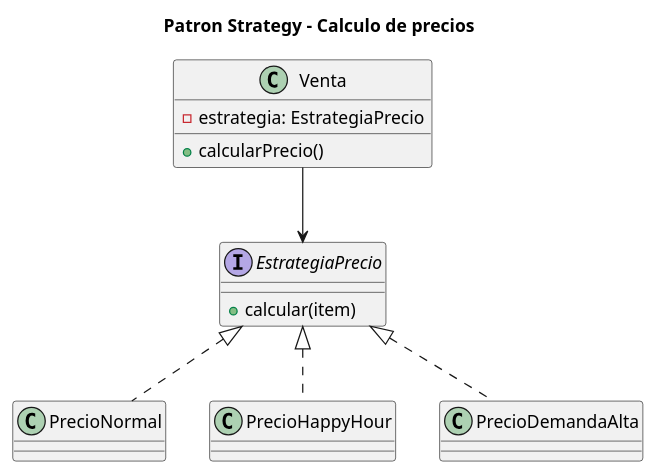
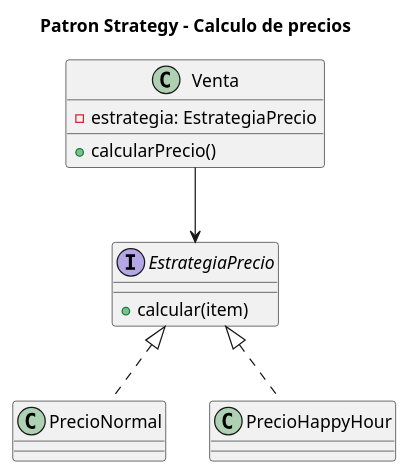
One commit to SantiMorgan/TPO_pdd_Grupo4 changed the third of 7 diagrams in docs/uml/BarStock_Diagramas_Patrones.puml. Above: the diagram before and after it, drawn with PlantUML. The commit also changed 103 other files, not shown here.

```diff
--- a/docs/uml/BarStock_Diagramas_Patrones.puml
+++ b/docs/uml/BarStock_Diagramas_Patrones.puml
@@ -63,19 +63,17 @@
 @startuml PatronStrategy
 title Patron Strategy - Calculo de precios
 
 class Venta {
   -estrategia: EstrategiaPrecio
   +calcularPrecio()
 }
 interface EstrategiaPrecio {
   +calcular(item)
 }
 class PrecioNormal
 class PrecioHappyHour
-class PrecioDemandaAlta
 
 Venta --> EstrategiaPrecio
 EstrategiaPrecio <|.. PrecioNormal
 EstrategiaPrecio <|.. PrecioHappyHour
-EstrategiaPrecio <|.. PrecioDemandaAlta
 @enduml
```
